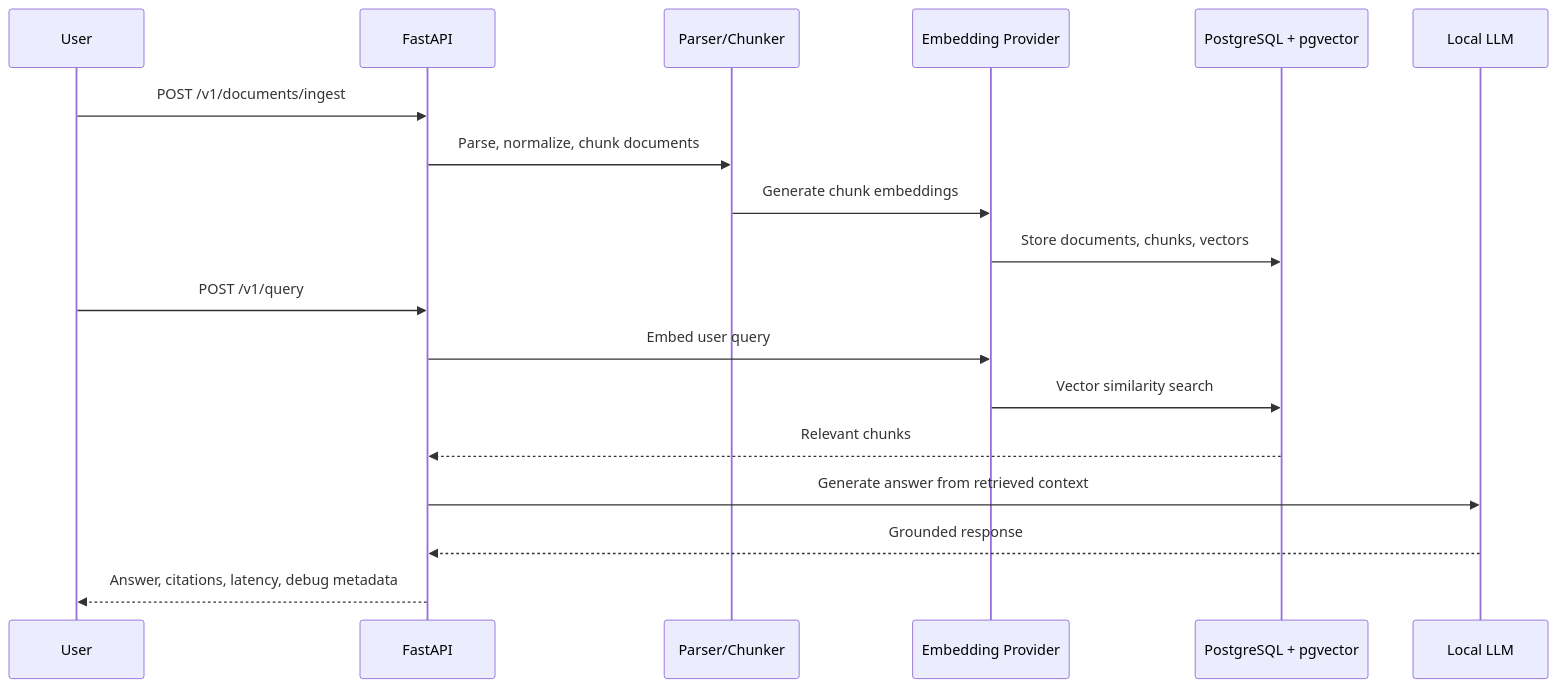
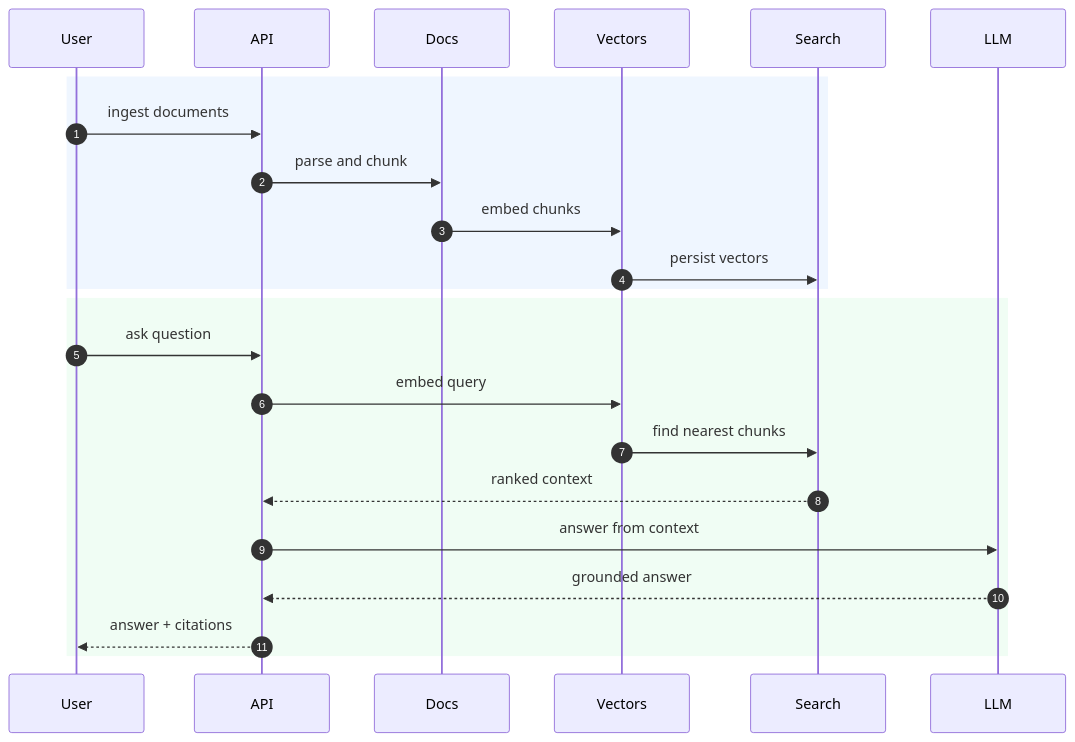
Before and after one commit to gaganm1124/knowledge-assistant: the second of 3 diagrams in README.md, drawn with Mermaid. The commit also changed other lines of this file, not shown here.

Commit message:
Update README with enhanced architecture diagrams and API flow; clarify components and interactions in the RAG pipeline

````diff
--- a/README.md
+++ b/README.md
@@ -50,22 +68,27 @@
 ```mermaid
 sequenceDiagram
+    autonumber
     participant User
-    participant API as FastAPI
-    participant Parser as Parser/Chunker
-    participant Embeddings as Embedding Provider
-    participant DB as PostgreSQL + pgvector
-    participant LLM as Local LLM
+    participant API
+    participant Docs
+    participant Vectors
+    participant Search
+    participant LLM
 
-    User->>API: POST /v1/documents/ingest
-    API->>Parser: Parse, normalize, chunk documents
-    Parser->>Embeddings: Generate chunk embeddings
-    Embeddings->>DB: Store documents, chunks, vectors
+    rect rgb(239, 246, 255)
+        User->>API: ingest documents
+        API->>Docs: parse and chunk
+        Docs->>Vectors: embed chunks
+        Vectors->>Search: persist vectors
+    end
 
-    User->>API: POST /v1/query
-    API->>Embeddings: Embed user query
-    Embeddings->>DB: Vector similarity search
-    DB-->>API: Relevant chunks
-    API->>LLM: Generate answer from retrieved context
-    LLM-->>API: Grounded response
-    API-->>User: Answer, citations, latency, debug metadata
+    rect rgb(240, 253, 244)
+        User->>API: ask question
+        API->>Vectors: embed query
+        Vectors->>Search: find nearest chunks
+        Search-->>API: ranked context
+        API->>LLM: answer from context
+        LLM-->>API: grounded answer
+        API-->>User: answer + citations
+    end
 ```
````
